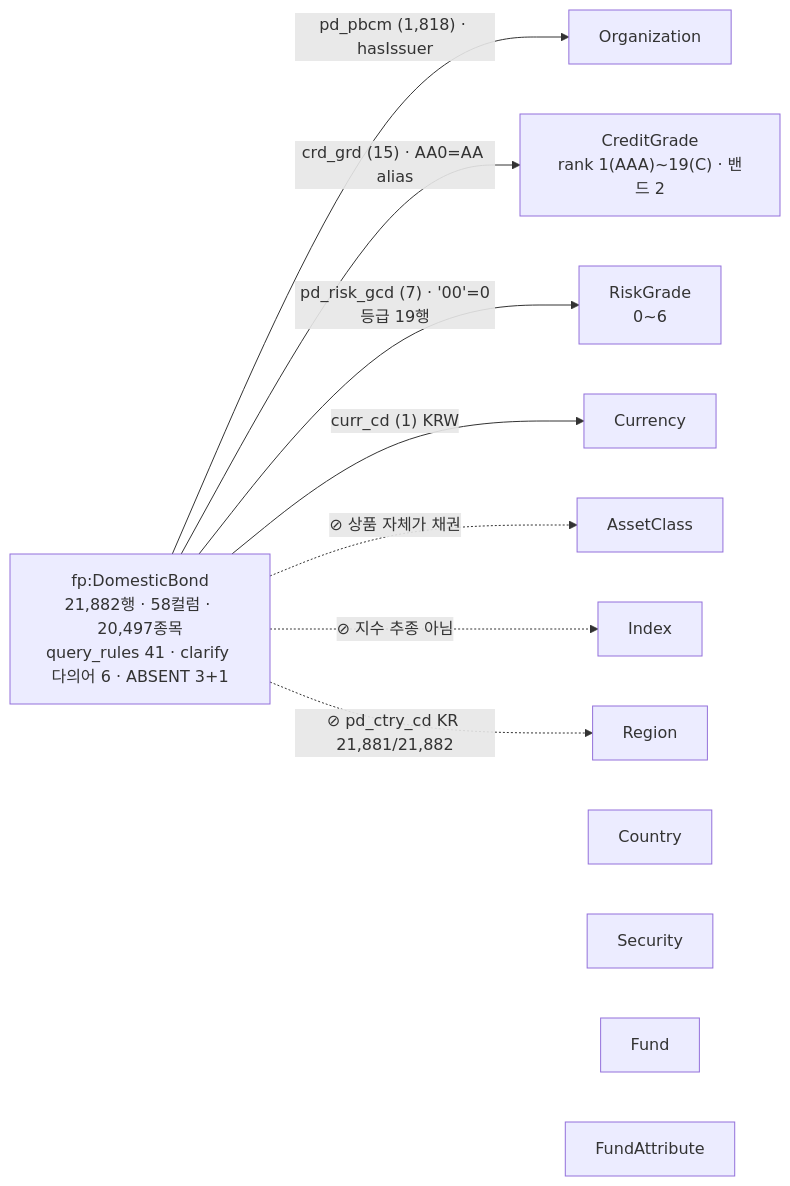
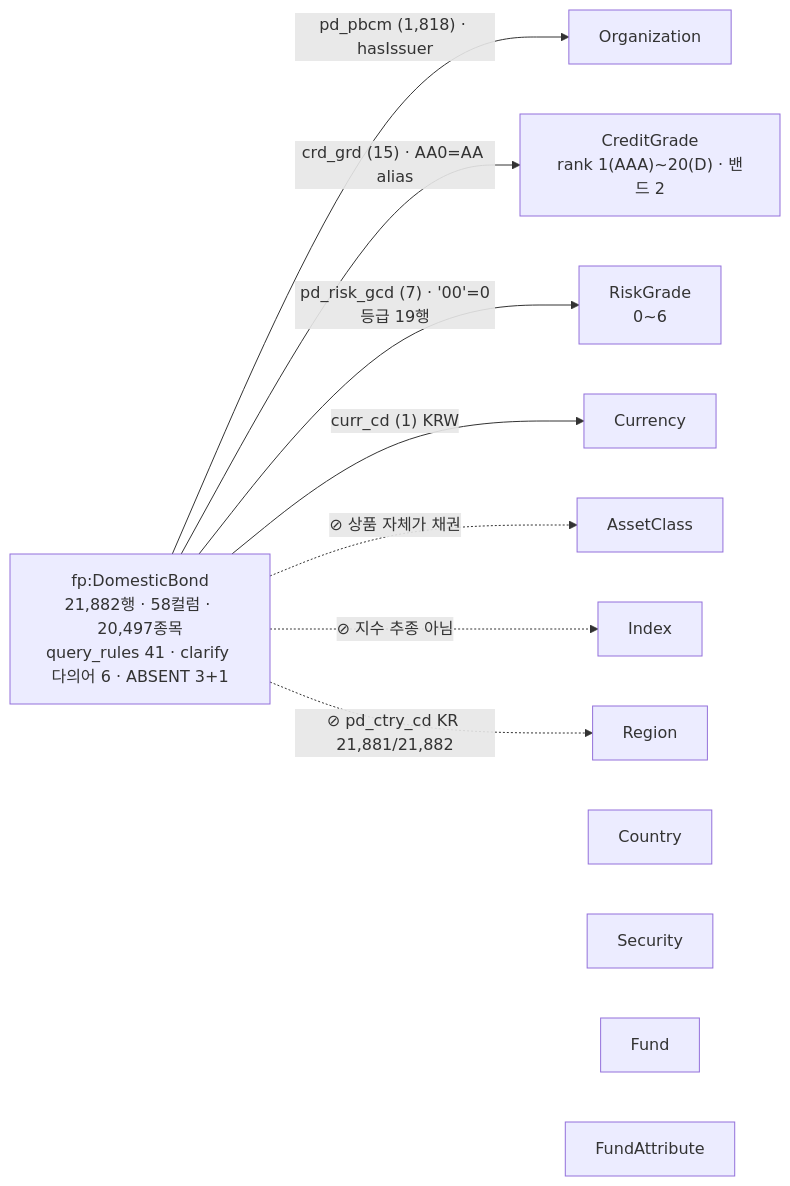
The diagram in docs/기술제안서/04_도메인_채권.md (Song-exp/miraeassetfesta), drawn with Mermaid before and after one commit. The commit also changed other lines of this file and 11 other files, not shown here.

````diff
--- a/docs/기술제안서/04_도메인_채권.md
+++ b/docs/기술제안서/04_도메인_채권.md
@@ -78,13 +78,13 @@
 ```mermaid
 flowchart LR
   B["fp:DomesticBond<br/>21,882행 · 58컬럼 · 20,497종목<br/>query_rules 41 · clarify 다의어 6 · ABSENT 3+1"]
-  ORG[Organization]; CG["CreditGrade<br/>rank 1(AAA)~19(C) · 밴드 2"]; RG["RiskGrade<br/>0~6"]; AC[AssetClass]; IDX[Index]; REG[Region]; CTY[Country]; CUR[Currency]; SEC[Security]; FND[Fund]; FA[FundAttribute]
+  ORG[Organization]; CG["CreditGrade<br/>rank 1(AAA)~20(D) · 밴드 2"]; RG["RiskGrade<br/>0~6"]; AC[AssetClass]; IDX[Index]; REG[Region]; CTY[Country]; CUR[Currency]; SEC[Security]; FND[Fund]; FA[FundAttribute]
   B -- "pd_pbcm (1,818) · hasIssuer" --> ORG
   B -- "crd_grd (15) · AA0=AA alias" --> CG
   B -- "pd_risk_gcd (7) · '00'=0등급 19행" --> RG
   B -- "curr_cd (1) KRW" --> CUR
   B -. "⊘ 상품 자체가 채권" .-> AC
   B -. "⊘ 지수 추종 아님" .-> IDX
   B -. "⊘ pd_ctry_cd KR 21,881/21,882" .-> REG
   B ~~~ CTY; B ~~~ SEC; B ~~~ FND; B ~~~ FA
 ```
````
